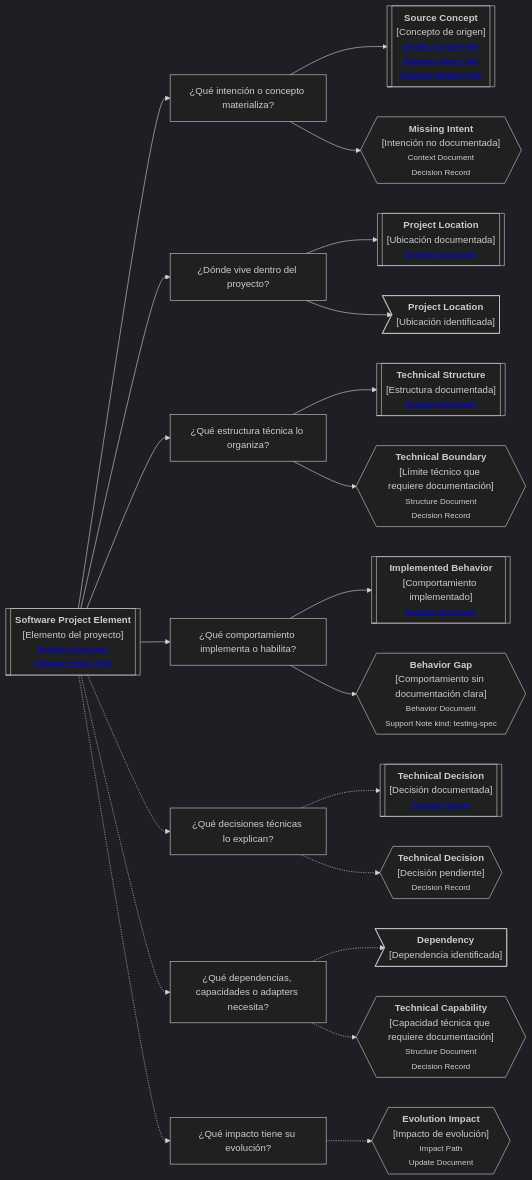
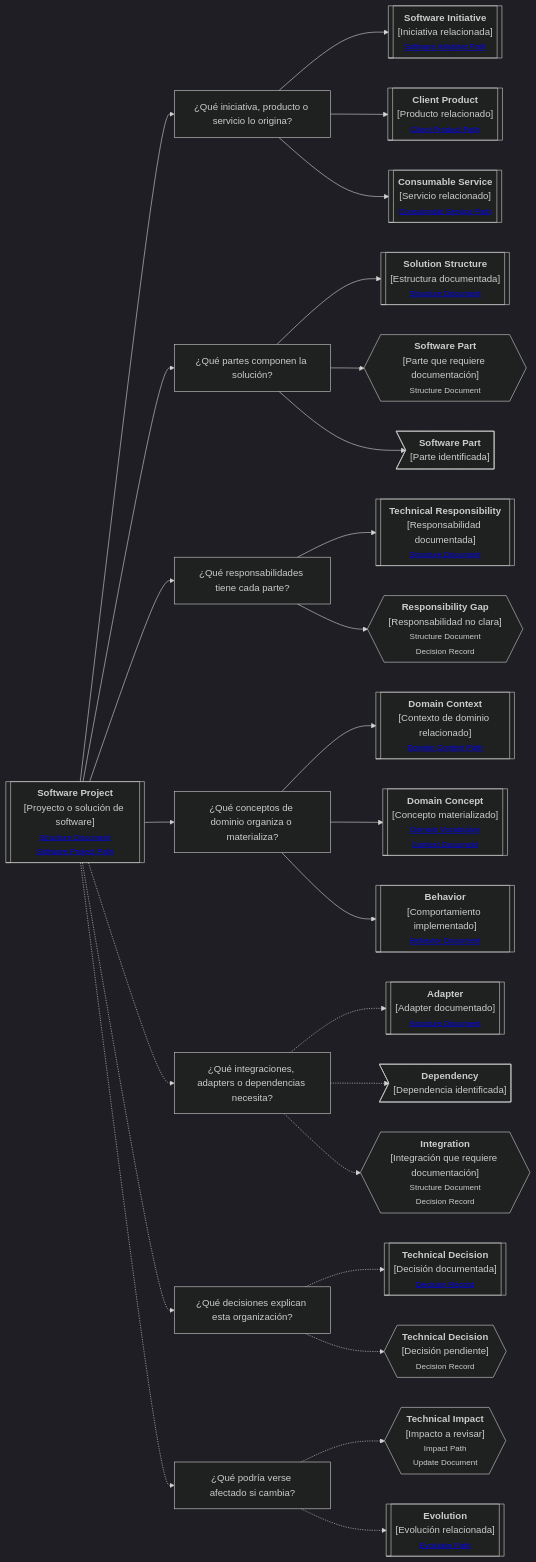
One commit to vslices/docs changed the diagram in docs/es/alive-lab/research/notes/docs-standard/artifacts/continuity-paths/support/software-proyect.md. Above: the diagram before and after it, drawn with Mermaid (dark theme). The commit also changed other lines of this file and 10 other files, not shown here.

````diff
--- a/docs/es/alive-lab/research/notes/docs-standard/artifacts/continuity-paths/support/software-proyect.md
+++ b/docs/es/alive-lab/research/notes/docs-standard/artifacts/continuity-paths/support/software-proyect.md
@@ -53,53 +43,37 @@
 ```mermaid
 flowchart LR
-    CR[["<b>Software Project Element</b><br/>[Elemento del proyecto]<br/><small><a href='link'>Structure Document</a><br/><a href='link'>Software Project Path</a></small>"]]
+    A[["<b>Software Project</b><br/>[Proyecto o solución de software]<br/><small><a href='link'>Structure Document</a><br/><a href='link'>Software Project Path</a></small>"]]
 
-    P1["¿Qué intención o concepto materializa?"]
-    P2["¿Dónde vive dentro del proyecto?"]
-    P3["¿Qué estructura técnica lo organiza?"]
-    P4["¿Qué comportamiento implementa o habilita?"]
-    P5["¿Qué decisiones técnicas lo explican?"]
-    P6["¿Qué dependencias, capacidades o adapters necesita?"]
-    P7["¿Qué impacto tiene su evolución?"]
+    A --> P1["¿Qué iniciativa, producto o servicio lo origina?"]
+    A --> P2["¿Qué partes componen la solución?"]
+    A --> P3["¿Qué responsabilidades tiene cada parte?"]
+    A --> P4["¿Qué conceptos de dominio organiza o materializa?"]
+    A -.-> P5["¿Qué integraciones, adapters o dependencias necesita?"]
+    A -.-> P6["¿Qué decisiones explican esta organización?"]
+    A -.-> P7["¿Qué podría verse afectado si cambia?"]
 
-    INT1[["<b>Source Concept</b><br/>[Concepto de origen]<br/><small><a href='link'>Domain Context Path</a><br/><a href='link'>Business Driver Path</a><br/><a href='link'>Software Initiative Path</a></small>"]]
-    INT2{{"<b>Missing Intent</b><br/>[Intención no documentada]<br/><small>Context Document<br/>Decision Record</small>"}}
+    P1 --> SI1[["<b>Software Initiative</b><br/>[Iniciativa relacionada]<br/><small><a href='link'>Software Initiative Path</a></small>"]]
+    P1 --> CP1[["<b>Client Product</b><br/>[Producto relacionado]<br/><small><a href='link'>Client Product Path</a></small>"]]
+    P1 --> CS1[["<b>Consumable Service</b><br/>[Servicio relacionado]<br/><small><a href='link'>Consumable Service Path</a></small>"]]
 
-    LOC1[["<b>Project Location</b><br/>[Ubicación documentada]<br/><small><a href='link'>Structure Document</a></small>"]]
-    LOC2>"<b>Project Location</b><br/>[Ubicación identificada]"]
+    P2 --> S1[["<b>Solution Structure</b><br/>[Estructura documentada]<br/><small><a href='link'>Structure Document</a></small>"]]
+    P2 --> S2{{"<b>Software Part</b><br/>[Parte que requiere documentación]<br/><small>Structure Document</small>"}}
+    P2 --> S3>"<b>Software Part</b><br/>[Parte identificada]"]
 
-    STR1[["<b>Technical Structure</b><br/>[Estructura documentada]<br/><small><a href='link'>Structure Document</a></small>"]]
-    STR2{{"<b>Technical Boundary</b><br/>[Límite técnico que requiere documentación]<br/><small>Structure Document<br/>Decision Record</small>"}}
+    P3 --> R1[["<b>Technical Responsibility</b><br/>[Responsabilidad documentada]<br/><small><a href='link'>Structure Document</a></small>"]]
+    P3 --> R2{{"<b>Responsibility Gap</b><br/>[Responsabilidad no clara]<br/><small>Structure Document<br/>Decision Record</small>"}}
 
-    BH1[["<b>Implemented Behavior</b><br/>[Comportamiento implementado]<br/><small><a href='link'>Behavior Document</a></small>"]]
-    BH2{{"<b>Behavior Gap</b><br/>[Comportamiento sin documentación clara]<br/><small>Behavior Document<br/>Support Note kind: testing-spec</small>"}}
+    P4 --> D1[["<b>Domain Context</b><br/>[Contexto de dominio relacionado]<br/><small><a href='link'>Domain Context Path</a></small>"]]
+    P4 --> DC1[["<b>Domain Concept</b><br/>[Concepto materializado]<br/><small><a href='link'>Domain Vocabulary</a><br/><a href='link'>Context Document</a></small>"]]
+    P4 --> B1[["<b>Behavior</b><br/>[Comportamiento implementado]<br/><small><a href='link'>Behavior Document</a></small>"]]
 
-    DEC1[["<b>Technical Decision</b><br/>[Decisión documentada]<br/><small><a href='link'>Decision Record</a></small>"]]
-    DEC2{{"<b>Technical Decision</b><br/>[Decisión pendiente]<br/><small>Decision Record</small>"}}
+    P5 -.-> AD1[["<b>Adapter</b><br/>[Adapter documentado]<br/><small><a href='link'>Structure Document</a></small>"]]
+    P5 -.-> DP1>"<b>Dependency</b><br/>[Dependencia identificada]"]
+    P5 -.-> IN1{{"<b>Integration</b><br/>[Integración que requiere documentación]<br/><small>Structure Document<br/>Decision Record</small>"}}
 
-    DEP1>"<b>Dependency</b><br/>[Dependencia identificada]"]
-    CAP1{{"<b>Technical Capability</b><br/>[Capacidad técnica que requiere documentación]<br/><small>Structure Document<br/>Decision Record</small>"}}
+    P6 -.-> DEC1[["<b>Technical Decision</b><br/>[Decisión documentada]<br/><small><a href='link'>Decision Record</a></small>"]]
+    P6 -.-> DEC2{{"<b>Technical Decision</b><br/>[Decisión pendiente]<br/><small>Decision Record</small>"}}
 
-    IMP1{{"<b>Evolution Impact</b><br/>[Impacto de evolución]<br/><small>Impact Path<br/>Update Document</small>"}}
-
-    CR --> P1
-    P1 --> INT1 & INT2
-
-    CR --> P2
-    P2 --> LOC1 & LOC2
-
-    CR --> P3
-    P3 --> STR1 & STR2
-
-    CR --> P4
-    P4 --> BH1 & BH2
-
-    CR -.-> P5
-    P5 -.-> DEC1 & DEC2
-
-    CR -.-> P6
-    P6 -.-> DEP1 & CAP1
-
-    CR -.-> P7
-    P7 -.-> IMP1
+    P7 -.-> IMP1{{"<b>Technical Impact</b><br/>[Impacto a revisar]<br/><small>Impact Path<br/>Update Document</small>"}}
+    P7 -.-> EVO1[["<b>Evolution</b><br/>[Evolución relacionada]<br/><small><a href='link'>Evolution Path</a></small>"]]
 ```
````
